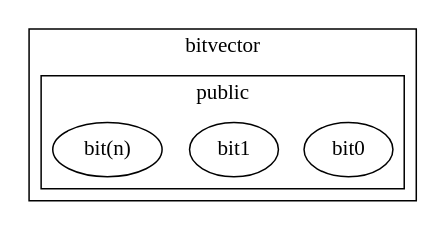
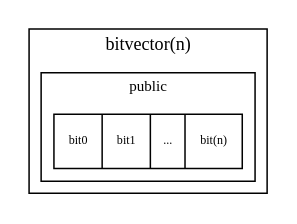
Before and after one commit to rflynn/assume: the diagram in doc/model/graph/software-object-bitvector.dot, drawn with Graphviz. The commit also changed 9 other files, not shown here.

Commit message:
good progress made in model. some fat trimmed, some calarification. learning graph theory, example .{dot,gif} files included.

```diff
--- a/doc/model/graph/software-object-bitvector.dot
+++ b/doc/model/graph/software-object-bitvector.dot
@@ -1,12 +1,16 @@
 
 digraph G {
   subgraph clusterbv {
-    label="bitvector";
+    fontsize="12";
+    label="bitvector(n)";
     subgraph clusterbvpublic {
+      fontsize="10";
       label="public";
-      bit0
-      bit1
-      "bit(n)"
+        "node9" [
+        label = "bit0 | bit1 | ... | bit(n)"
+        shape = "record"
+        fontsize="8"
+        ];
     }
   }
 }
```
